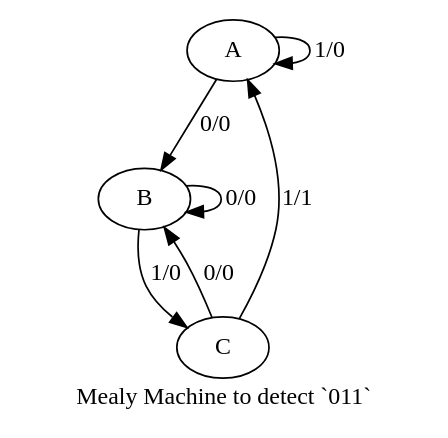
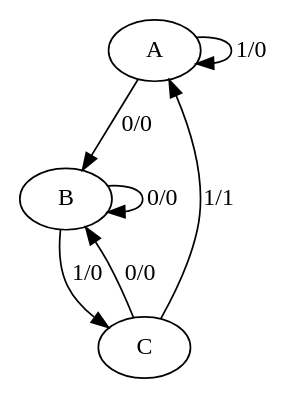
One commit to say4n/fsmutil changed the diagram in seq2fsm/output/mealy_fsm_for_011.dot. Above: the diagram before and after it, drawn with Graphviz. The commit also changed 19 other files, not shown here.

```diff
--- a/seq2fsm/output/mealy_fsm_for_011.dot
+++ b/seq2fsm/output/mealy_fsm_for_011.dot
@@ -1,15 +1,11 @@
-digraph "" {
-	graph [label="Mealy Machine to detect `011`"];
-	A -> A [key=0,
-	label="1/0"];
-A -> B [key=0,
-label="0/0"];
-B -> B [key=0,
-label="0/0"];
-B -> C [key=0,
-label="1/0"];
-C -> A [key=0,
-label="1/1"];
-C -> B [key=0,
-label="0/0"];
+digraph  {
+A;
+B;
+C;
+A -> B  [key=0, label="0/0"];
+A -> A  [key=0, label="1/0"];
+B -> C  [key=0, label="1/0"];
+B -> B  [key=0, label="0/0"];
+C -> A  [key=0, label="1/1"];
+C -> B  [key=0, label="0/0"];
 }
```
